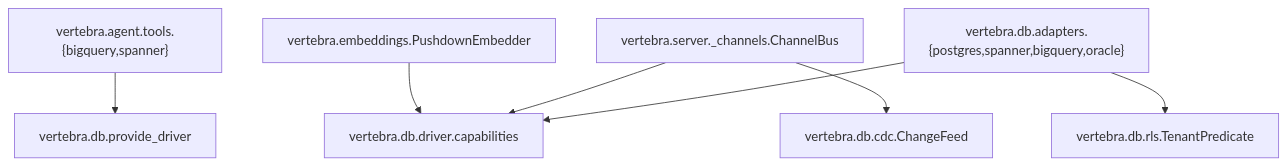
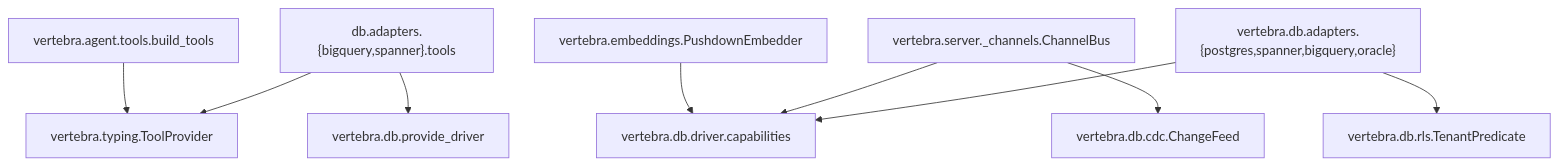
One commit to cofin/vertebra changed the diagram in .agents/bundles/specs/db-engine-primitives/spec.md. Above: the diagram before and after it, drawn with Mermaid. The commit also changed other lines of this file and 28 other files, not shown here.

````diff
--- a/.agents/bundles/specs/db-engine-primitives/spec.md
+++ b/.agents/bundles/specs/db-engine-primitives/spec.md
@@ -537,9 +567,11 @@
 ```mermaid
 flowchart TD
-    Agent["vertebra.agent.tools.{bigquery,spanner}"] --> Registry["vertebra.db.provide_driver"]
+    Agent["vertebra.agent.tools.build_tools"] --> Provider["vertebra.typing.ToolProvider"]
+    EngineTools["db.adapters.{bigquery,spanner}.tools"] --> Provider
+    EngineTools --> Registry["vertebra.db.provide_driver"]
     Emb["vertebra.embeddings.PushdownEmbedder"] --> Proto["vertebra.db.driver.capabilities"]
     Bus["vertebra.server._channels.ChannelBus"] --> Proto
     Bus --> CDC["vertebra.db.cdc.ChangeFeed"]
     Adapters["vertebra.db.adapters.{postgres,spanner,bigquery,oracle}"] --> Proto
     Adapters --> RLS["vertebra.db.rls.TenantPredicate"]
 ```
````
